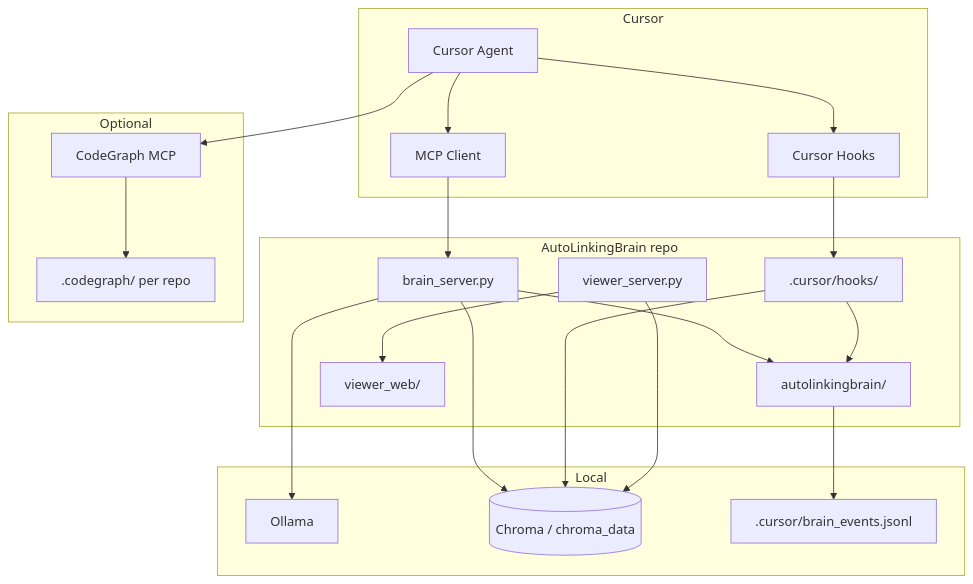
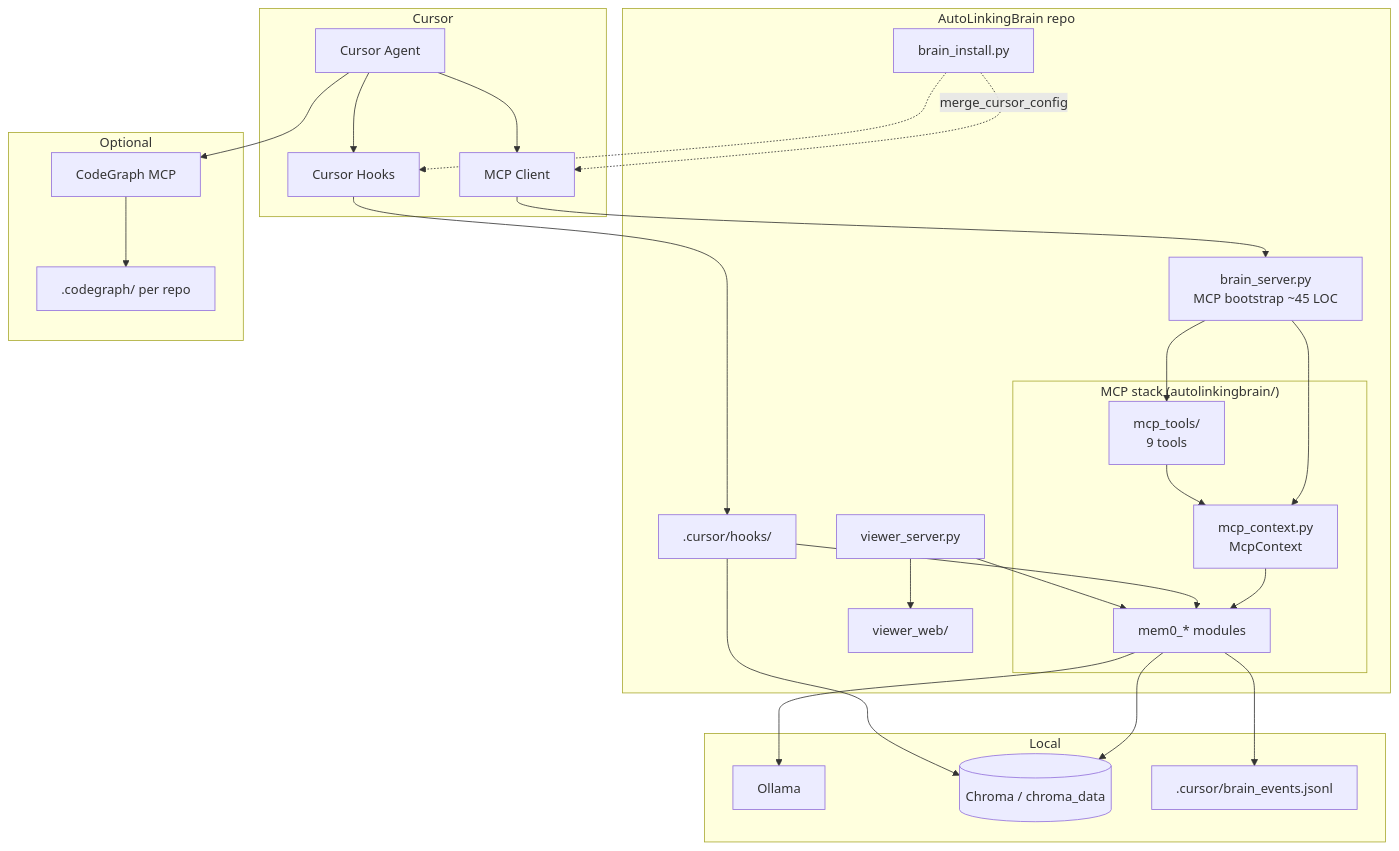
Before and after one commit to Mizuro0/AutoLinkingBrain: the first of 2 diagrams in docs/ARCHITECTURE.md, drawn with Mermaid. The commit also changed other lines of this file and 5 other files, not shown here.

Commit message:
Sync docs with modular MCP stack, env vars, and ARCHITECTURE diagrams.

````diff
--- a/docs/ARCHITECTURE.md
+++ b/docs/ARCHITECTURE.md
@@ -5,45 +5,56 @@
 ```mermaid
 flowchart TB
   subgraph Cursor
     Agent[Cursor Agent]
     Hooks[Cursor Hooks]
     MCPClient[MCP Client]
   end
 
   subgraph AutoLinkingBrainRepo["AutoLinkingBrain repo"]
-    BS[brain_server.py]
-    PKG[autolinkingbrain/]
+    BS[brain_server.py<br/>MCP bootstrap ~45 LOC]
+    subgraph MCPStack["MCP stack (autolinkingbrain/)"]
+      MC[mcp_context.py<br/>McpContext]
+      MT[mcp_tools/<br/>9 tools]
+      MS[mem0_* modules]
+    end
     VW[viewer_server.py]
     UI[viewer_web/]
     HK[.cursor/hooks/]
+    BI[brain_install.py]
   end
 
   subgraph Local
     Ollama[Ollama]
     Chroma[(Chroma / chroma_data)]
     Events[.cursor/brain_events.jsonl]
   end
 
   subgraph Optional
     CG[CodeGraph MCP]
     CGIdx[.codegraph/ per repo]
   end
 
   Agent --> MCPClient
   MCPClient --> BS
-  BS --> PKG
-  BS --> Chroma
-  BS --> Ollama
+  BS --> MC
+  BS --> MT
+  MT --> MC
+  MC --> MS
+  MS --> Chroma
+  MS --> Ollama
 
   Hooks --> HK
-  HK --> PKG
+  HK --> MS
   HK --> Chroma
 
   Agent --> Hooks
-  VW --> Chroma
+  VW --> MS
   VW --> UI
-  PKG --> Events
+  MS --> Events
+
+  BI -.->|merge_cursor_config| MCPClient
+  BI -.-> Hooks
 
   Agent --> CG
   CG --> CGIdx
 ```
````
